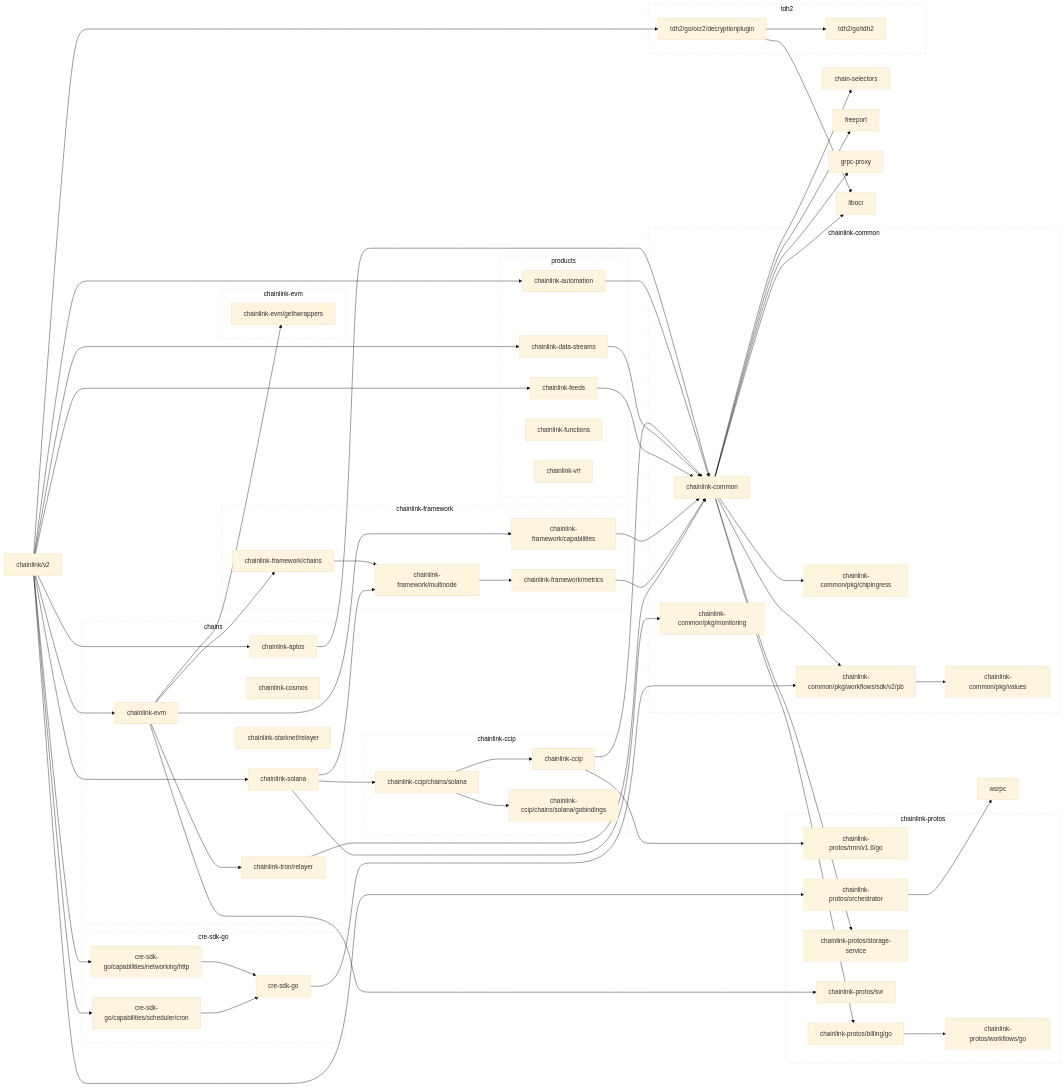
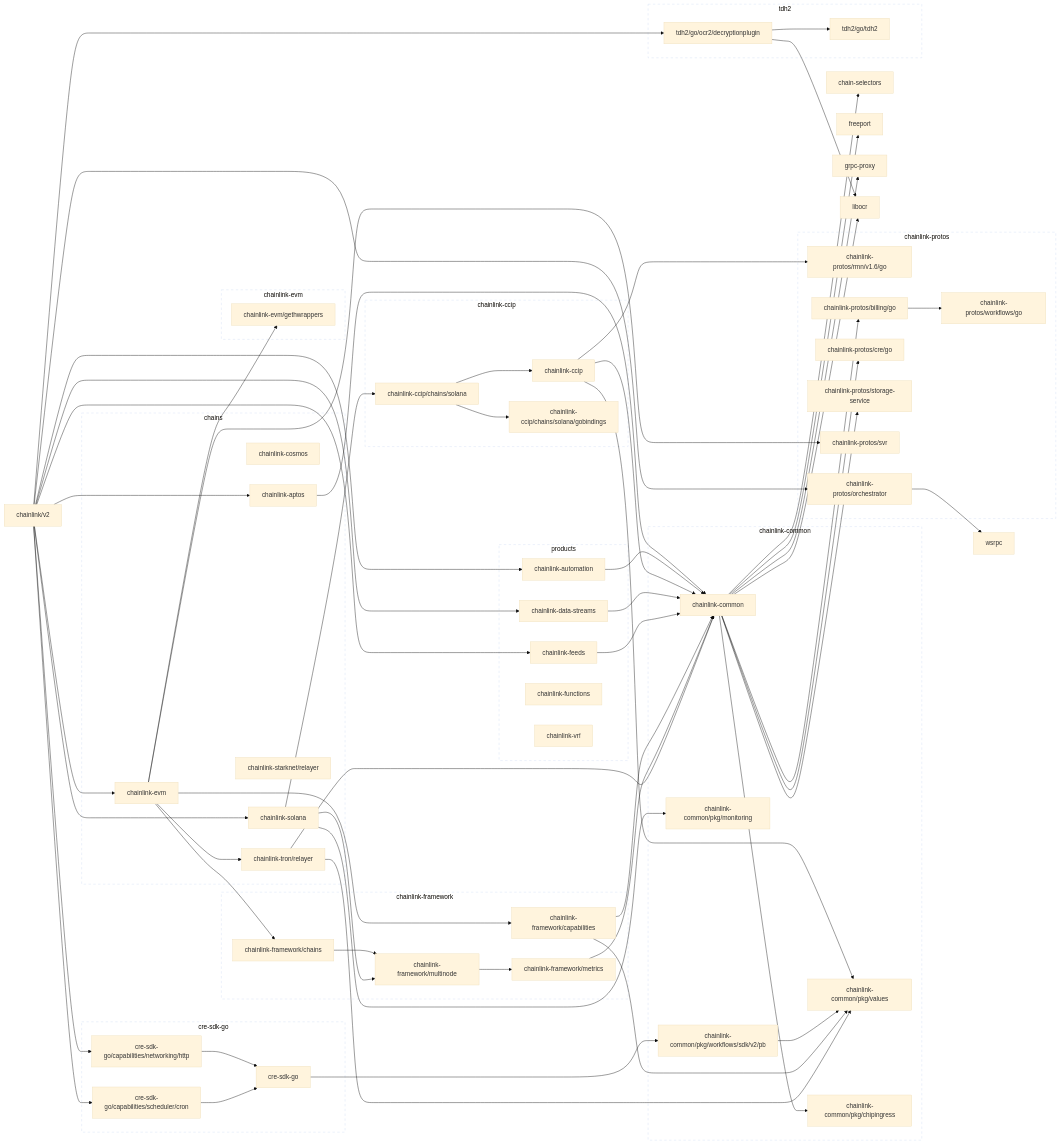
The first of 2 diagrams in go.md (smartcontractkit/chainlink), drawn with Mermaid (base theme) before and after one commit. The commit also changed other lines of this file and 99 other files, not shown here.

Commit message:
Move use of pkg values to protos

```diff
--- a/go.md
+++ b/go.md
@@ -29,6 +29,7 @@
 	chainlink-automation --> chainlink-common
 	click chainlink-automation href "https://github.com/smartcontractkit/chainlink-automation"
 	chainlink-ccip --> chainlink-common
+	chainlink-ccip --> chainlink-common/pkg/values
 	chainlink-ccip --> chainlink-protos/rmn/v1.6/go
 	click chainlink-ccip href "https://github.com/smartcontractkit/chainlink-ccip"
 	chainlink-ccip/chains/solana --> chainlink-ccip
@@ -38,8 +39,8 @@
 	click chainlink-ccip/chains/solana/gobindings href "https://github.com/smartcontractkit/chainlink-ccip"
 	chainlink-common --> chain-selectors
 	chainlink-common --> chainlink-common/pkg/chipingress
-	chainlink-common --> chainlink-common/pkg/workflows/sdk/v2/pb
 	chainlink-common --> chainlink-protos/billing/go
+	chainlink-common --> chainlink-protos/cre/go
 	chainlink-common --> chainlink-protos/storage-service
 	chainlink-common --> freeport
 	chainlink-common --> grpc-proxy
@@ -66,6 +67,7 @@
 	chainlink-feeds --> chainlink-common
 	click chainlink-feeds href "https://github.com/smartcontractkit/chainlink-feeds"
 	chainlink-framework/capabilities --> chainlink-common
+	chainlink-framework/capabilities --> chainlink-common/pkg/values
 	click chainlink-framework/capabilities href "https://github.com/smartcontractkit/chainlink-framework"
 	chainlink-framework/chains --> chainlink-framework/multinode
 	click chainlink-framework/chains href "https://github.com/smartcontractkit/chainlink-framework"
@@ -75,6 +77,8 @@
 	click chainlink-framework/multinode href "https://github.com/smartcontractkit/chainlink-framework"
 	chainlink-protos/billing/go --> chainlink-protos/workflows/go
 	click chainlink-protos/billing/go href "https://github.com/smartcontractkit/chainlink-protos"
+	chainlink-protos/cre/go
+	click chainlink-protos/cre/go href "https://github.com/smartcontractkit/chainlink-protos"
 	chainlink-protos/orchestrator --> wsrpc
 	click chainlink-protos/orchestrator href "https://github.com/smartcontractkit/chainlink-protos"
 	chainlink-protos/rmn/v1.6/go
@@ -90,6 +94,7 @@
 	chainlink-solana --> chainlink-framework/multinode
 	click chainlink-solana href "https://github.com/smartcontractkit/chainlink-solana"
 	chainlink-tron/relayer --> chainlink-common
+	chainlink-tron/relayer --> chainlink-common/pkg/values
 	click chainlink-tron/relayer href "https://github.com/smartcontractkit/chainlink-tron"
 	chainlink/v2 --> chainlink-aptos
 	chainlink/v2 --> chainlink-automation
@@ -154,6 +159,7 @@
 
 	subgraph chainlink-protos-repo[chainlink-protos]
 		 chainlink-protos/billing/go
+		 chainlink-protos/cre/go
 		 chainlink-protos/orchestrator
 		 chainlink-protos/rmn/v1.6/go
 		 chainlink-protos/storage-service
```
